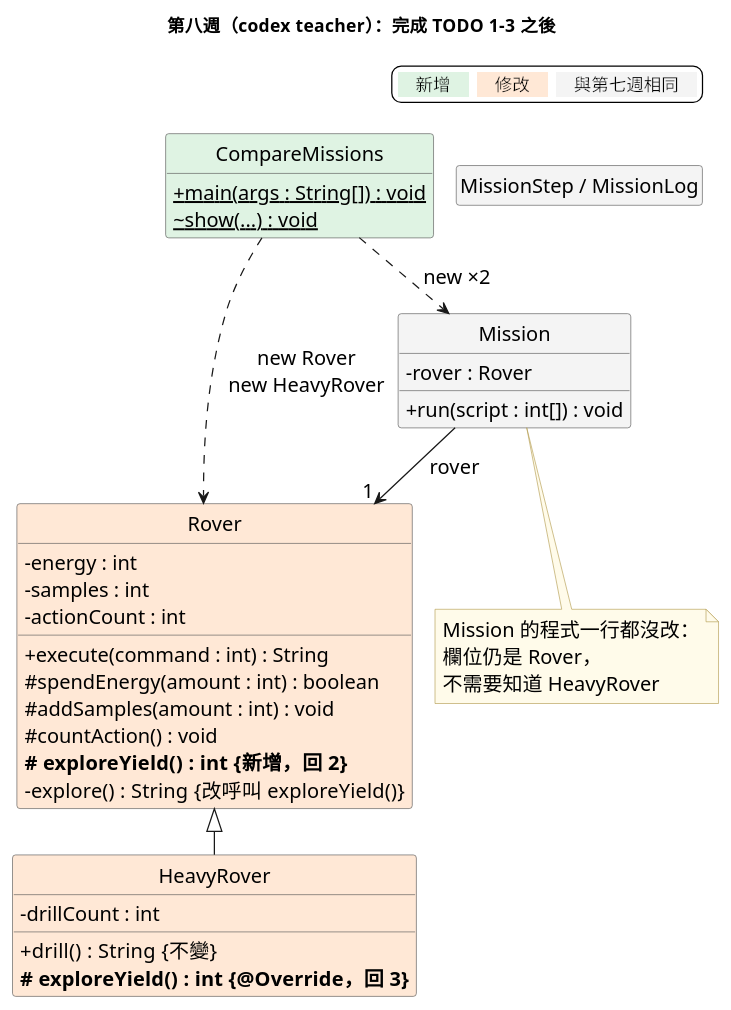
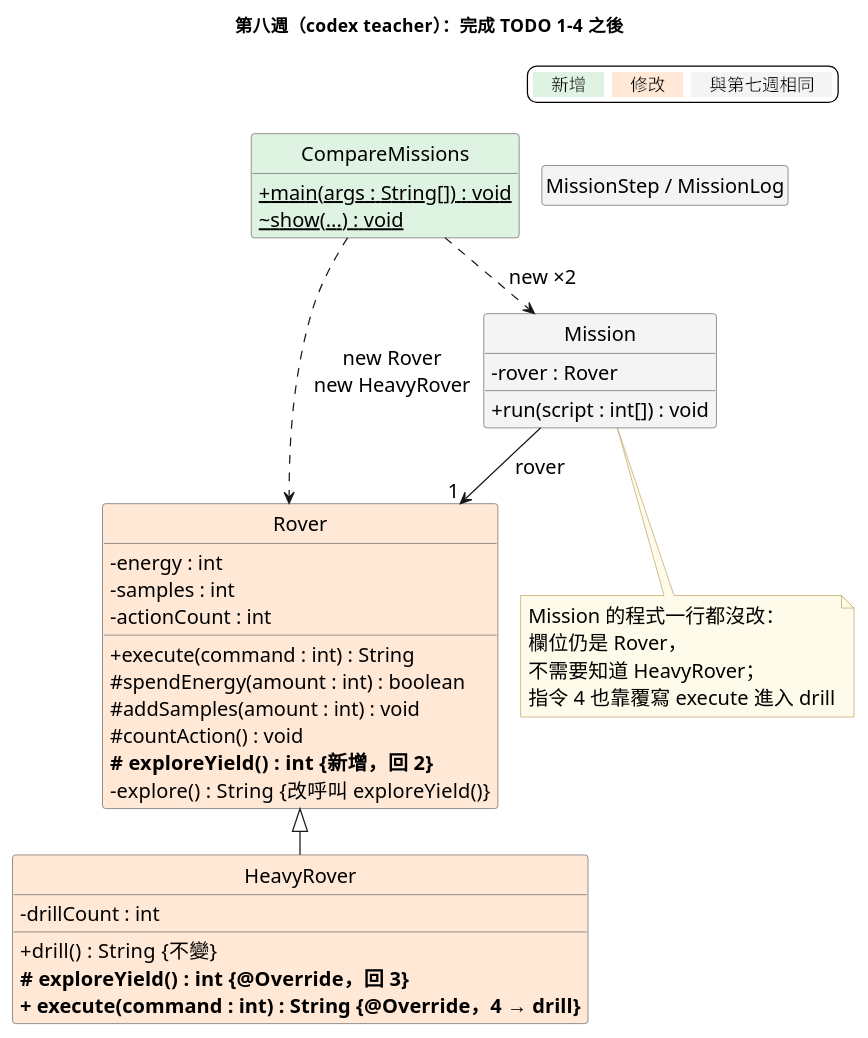
Before and after one commit to shuochenghu/115_1_Java_Tutorial: the diagram in week08/codex版本/diagrams/evolution_w08_claude.puml, drawn with PlantUML. The commit also changed 44 other files, not shown here.

```diff
--- a/week08/codex版本/diagrams/evolution_w08_claude.puml
+++ b/week08/codex版本/diagrams/evolution_w08_claude.puml
@@ -1,54 +1,56 @@
 @startuml
 !pragma layout smetana
 skinparam classAttributeIconSize 0
 skinparam defaultFontName "Microsoft JhengHei"
 skinparam defaultFontSize 16
 skinparam shadowing false
 skinparam classBorderColor #555555
 skinparam noteBackgroundColor #FFFBEA
 skinparam noteBorderColor #B39B4D
 skinparam backgroundColor #FFFFFF
 hide circle
 hide empty members
-title 第八週（codex teacher）：完成 TODO 1–3 之後
+title 第八週（codex teacher）：完成 TODO 1–4 之後
 
 legend top right
   <back:#DFF3E3>　新增　</back>  <back:#FFE8D6>　修改　</back>  <back:#F4F4F4>　與第七週相同　</back>
 endlegend
 
 class Rover #FFE8D6 {
   - energy : int
   - samples : int
   - actionCount : int
   + execute(command : int) : String
   # spendEnergy(amount : int) : boolean
   # addSamples(amount : int) : void
   # countAction() : void
   <b># exploreYield() : int  {新增，回 2}</b>
   - explore() : String  {改呼叫 exploreYield()}
 }
 class HeavyRover #FFE8D6 {
   - drillCount : int
   + drill() : String  {不變}
   <b># exploreYield() : int  {@Override，回 3}</b>
+  <b>+ execute(command : int) : String  {@Override，4 → drill}</b>
 }
 class CompareMissions #DFF3E3 {
   + {static} main(args : String[]) : void
   ~ {static} show(...) : void
 }
 class Mission #F4F4F4 {
   - rover : Rover
   + run(script : int[]) : void
 }
 class "MissionStep / MissionLog" as Same #F4F4F4
 
 Rover <|-- HeavyRover
 Mission --> "1" Rover : rover
 CompareMissions ..> Rover : new Rover\nnew HeavyRover
 CompareMissions ..> Mission : new ×2
 note bottom of Mission
   Mission 的程式一行都沒改：
   欄位仍是 Rover，
-  不需要知道 HeavyRover
+  不需要知道 HeavyRover；
+  指令 4 也靠覆寫 execute 進入 drill
 end note
 @enduml
```
